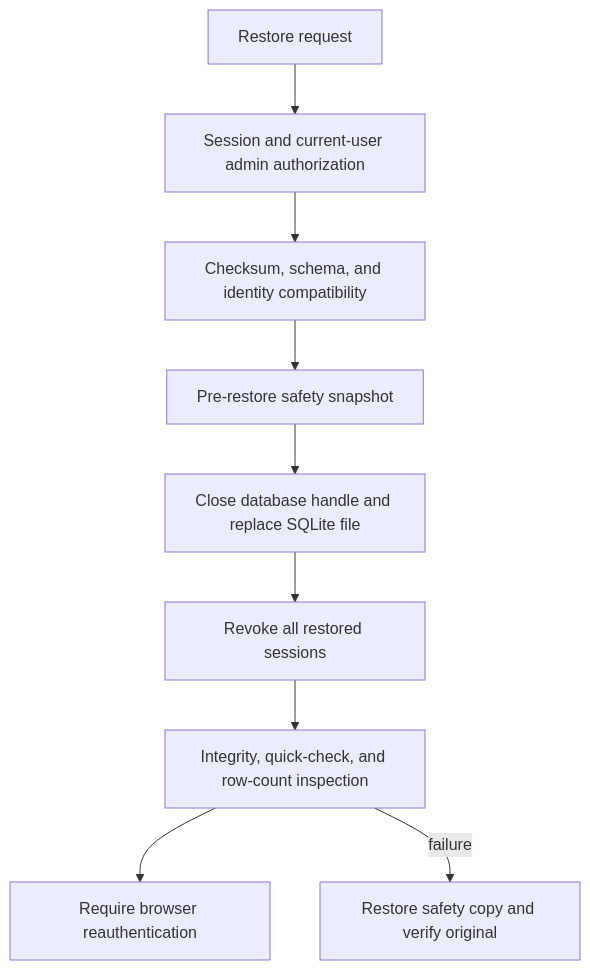
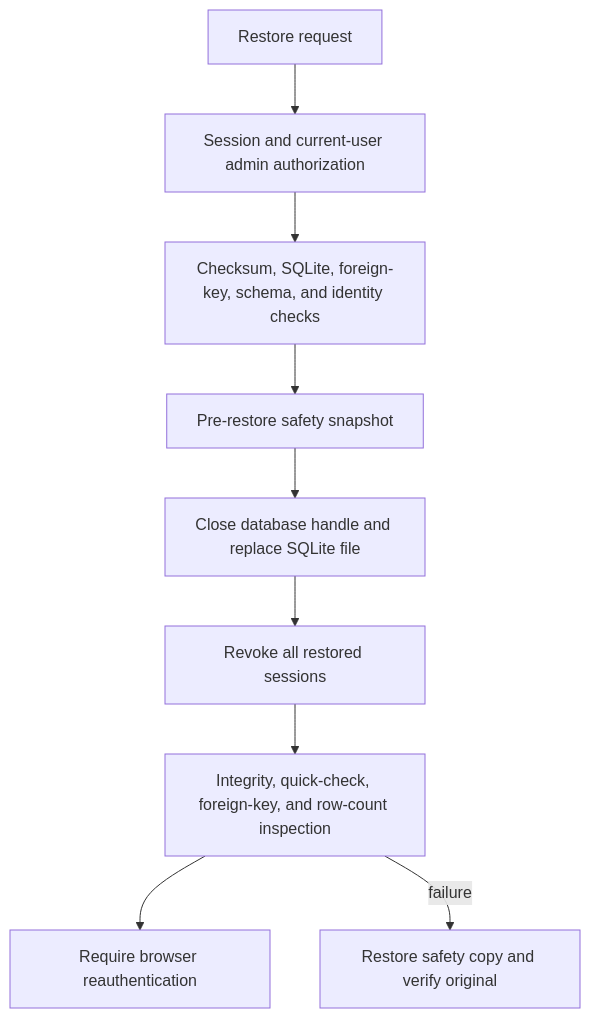
The diagram in docs/security/backup-restore.md (daoistmadness/operatoros), drawn with Mermaid before and after one commit. The commit also changed other lines of this file and 4 other files, not shown here.

Commit message:
fix(backup): validate foreign keys during restore

````diff
--- a/docs/security/backup-restore.md
+++ b/docs/security/backup-restore.md
@@ -116,11 +115,11 @@
 ```mermaid
 flowchart TD
   Request["Restore request"] --> Auth["Session and current-user admin authorization"]
-  Auth --> Validate["Checksum, schema, and identity compatibility"]
+  Auth --> Validate["Checksum, SQLite, foreign-key, schema, and identity checks"]
   Validate --> Snapshot["Pre-restore safety snapshot"]
   Snapshot --> Replace["Close database handle and replace SQLite file"]
   Replace --> Revoke["Revoke all restored sessions"]
-  Revoke --> Verify["Integrity, quick-check, and row-count inspection"]
+  Revoke --> Verify["Integrity, quick-check, foreign-key, and row-count inspection"]
   Verify --> Login["Require browser reauthentication"]
   Verify -->|"failure"| Rollback["Restore safety copy and verify original"]
 ```
````
